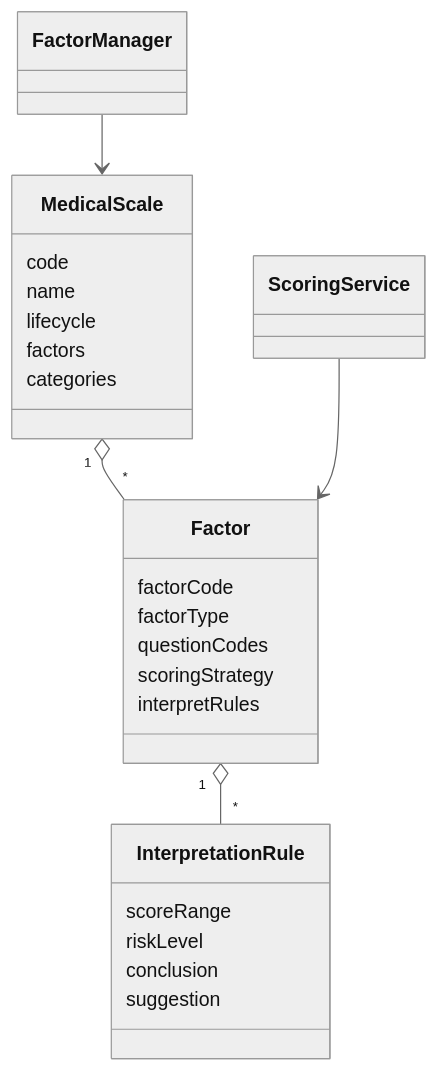
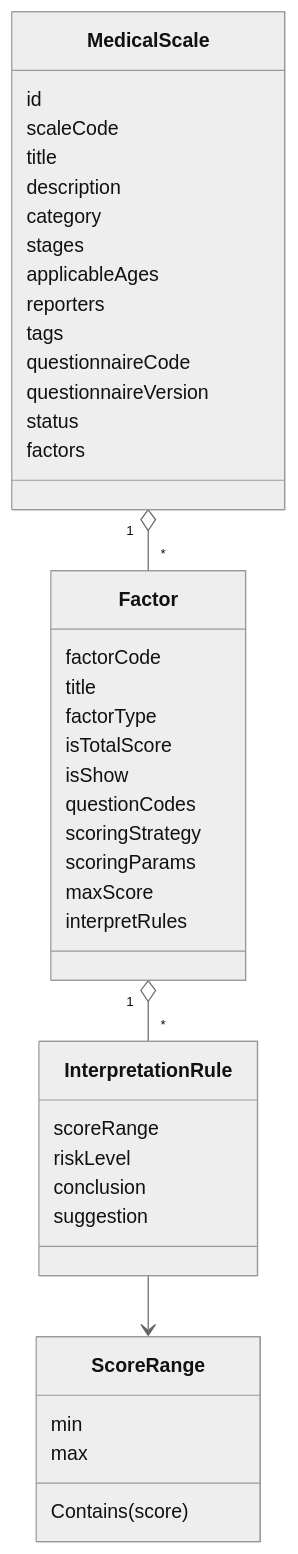
Before and after one commit to FangcunMount/qs-server: the first of 3 diagrams in docs/02-业务模块/scale/00-整体模型.md, drawn with Mermaid (neutral theme). The commit also changed other lines of this file and 5 other files, not shown here.

````diff
--- a/docs/02-业务模块/scale/00-整体模型.md
+++ b/docs/02-业务模块/scale/00-整体模型.md
@@ -29,30 +49,48 @@
 ```mermaid
 classDiagram
     class MedicalScale {
-        code
-        name
-        lifecycle
+        id
+        scaleCode
+        title
+        description
+        category
+        stages
+        applicableAges
+        reporters
+        tags
+        questionnaireCode
+        questionnaireVersion
+        status
         factors
-        categories
     }
+
     class Factor {
         factorCode
+        title
         factorType
+        isTotalScore
+        isShow
         questionCodes
         scoringStrategy
+        scoringParams
+        maxScore
         interpretRules
     }
+
     class InterpretationRule {
         scoreRange
         riskLevel
         conclusion
         suggestion
     }
-    class FactorManager
-    class ScoringService
+
+    class ScoreRange {
+        min
+        max
+        Contains(score)
+    }
 
     MedicalScale "1" o-- "*" Factor
     Factor "1" o-- "*" InterpretationRule
-    FactorManager --> MedicalScale
-    ScoringService --> Factor
+    InterpretationRule --> ScoreRange
 ```
````
